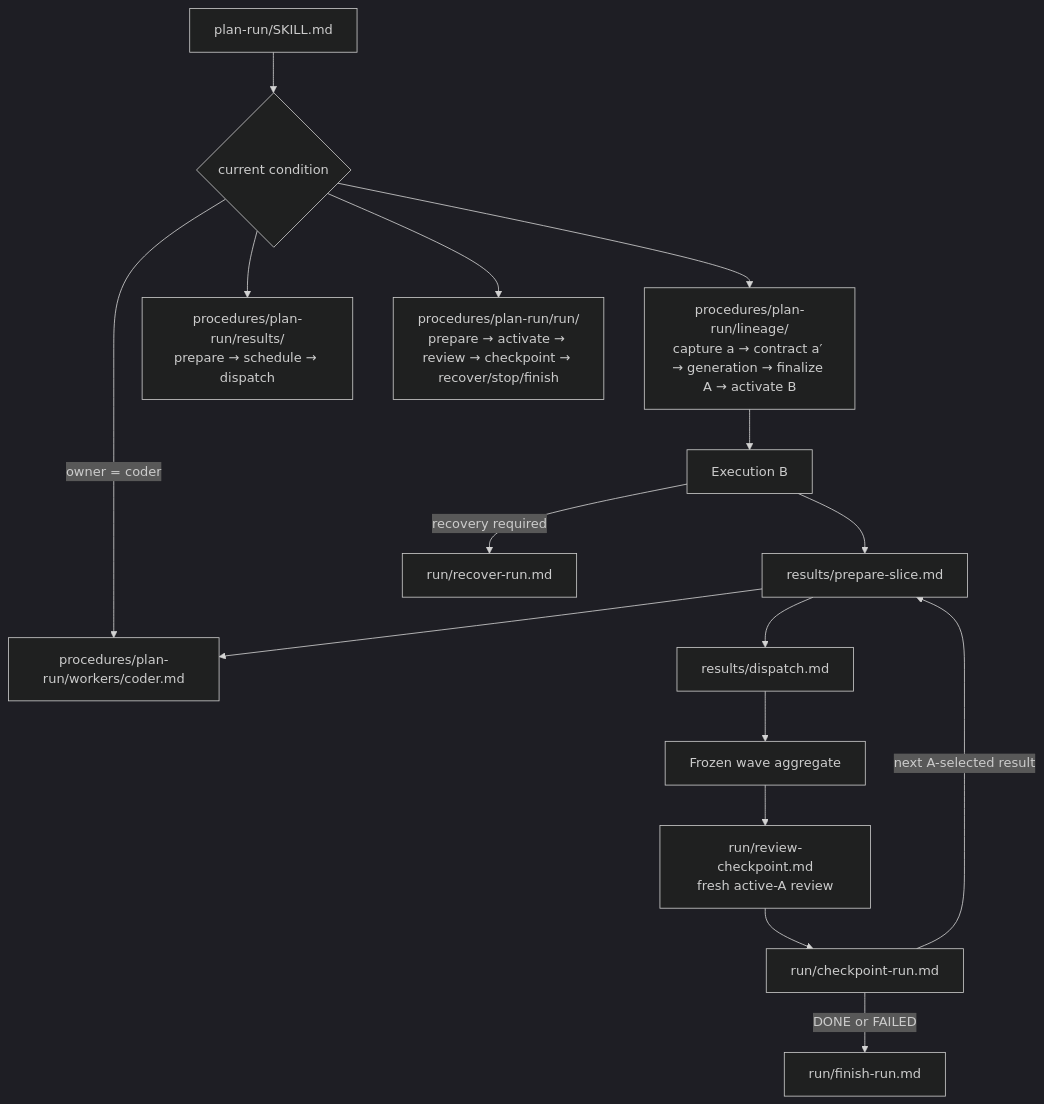
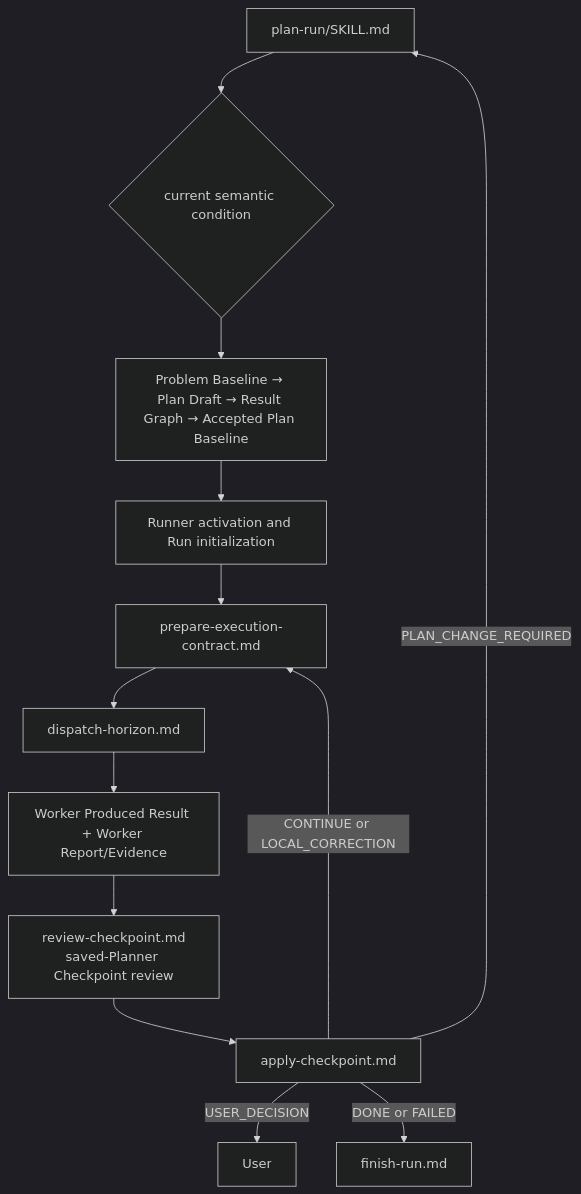
Before and after one commit to Won6314/head-agent-core: the second of 2 diagrams in packages/core/theory/context-management/instruction-routing-map.md, drawn with Mermaid (dark theme). The commit also changed other lines of this file and 102 other files, not shown here.

Commit message:
feat(core): simplify semantic run workflow

````diff
--- a/packages/core/theory/context-management/instruction-routing-map.md
+++ b/packages/core/theory/context-management/instruction-routing-map.md
@@ -61,20 +36,15 @@
 ```mermaid
 flowchart TD
-    PLAN["plan-run/SKILL.md"] --> STATE{"current condition"}
-
-    STATE --> LINEAGE["procedures/plan-run/lineage/<br/>capture a → contract a′ → generation → finalize A → activate B"]
-    STATE --> RESULT["procedures/plan-run/results/<br/>prepare → schedule → dispatch"]
-    STATE --> RUN["procedures/plan-run/run/<br/>prepare → activate → review → checkpoint → recover/stop/finish"]
-    STATE -->|"owner = coder"| CODER["procedures/plan-run/workers/coder.md"]
-
-    LINEAGE --> B["Execution B"]
-    B --> PREP["results/prepare-slice.md"]
-    PREP --> CODER
-    PREP --> DISPATCH["results/dispatch.md"]
-    DISPATCH --> WAVE["Frozen wave aggregate"]
-    WAVE --> REVIEW["run/review-checkpoint.md<br/>fresh active-A review"]
-    REVIEW --> CHECK["run/checkpoint-run.md"]
-    CHECK -->|"next A-selected result"| PREP
-    CHECK -->|"DONE or FAILED"| FINISH["run/finish-run.md"]
-    B -->|"recovery required"| RECOVER["run/recover-run.md"]
+    PLAN["plan-run/SKILL.md"] --> CONDITION{"current semantic condition"}
+    CONDITION --> PB["Problem Baseline → Plan Draft → Result Graph → Accepted Plan Baseline"]
+    PB --> RUNNER["Runner activation and Run initialization"]
+    RUNNER --> CONTRACT["prepare-execution-contract.md"]
+    CONTRACT --> DISPATCH["dispatch-horizon.md"]
+    DISPATCH --> WORKER["Worker Produced Result + Worker Report/Evidence"]
+    WORKER --> REVIEW["review-checkpoint.md<br/>saved-Planner Checkpoint review"]
+    REVIEW --> APPLY["apply-checkpoint.md"]
+    APPLY -->|"CONTINUE or LOCAL_CORRECTION"| CONTRACT
+    APPLY -->|"PLAN_CHANGE_REQUIRED"| PLAN
+    APPLY -->|"USER_DECISION"| USER["User"]
+    APPLY -->|"DONE or FAILED"| FINISH["finish-run.md"]
 ```
````
